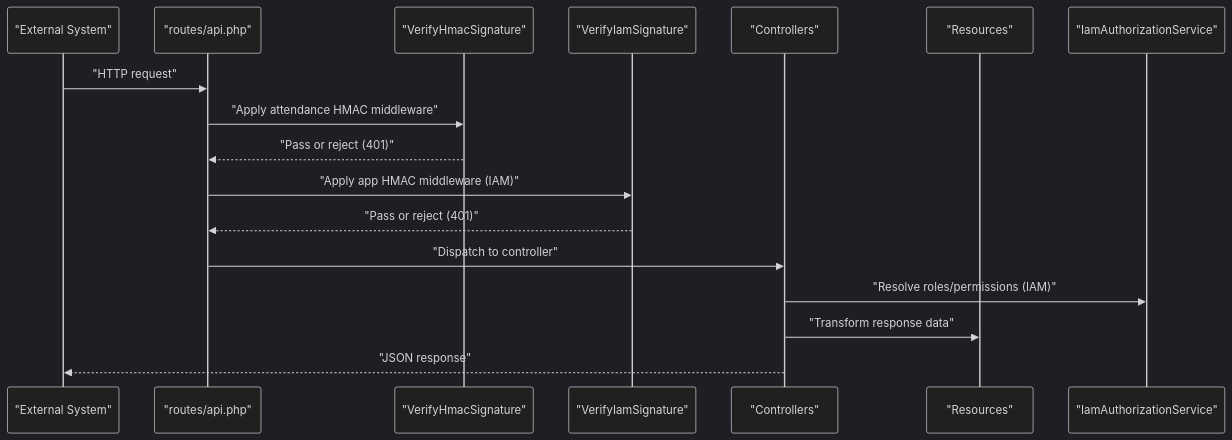
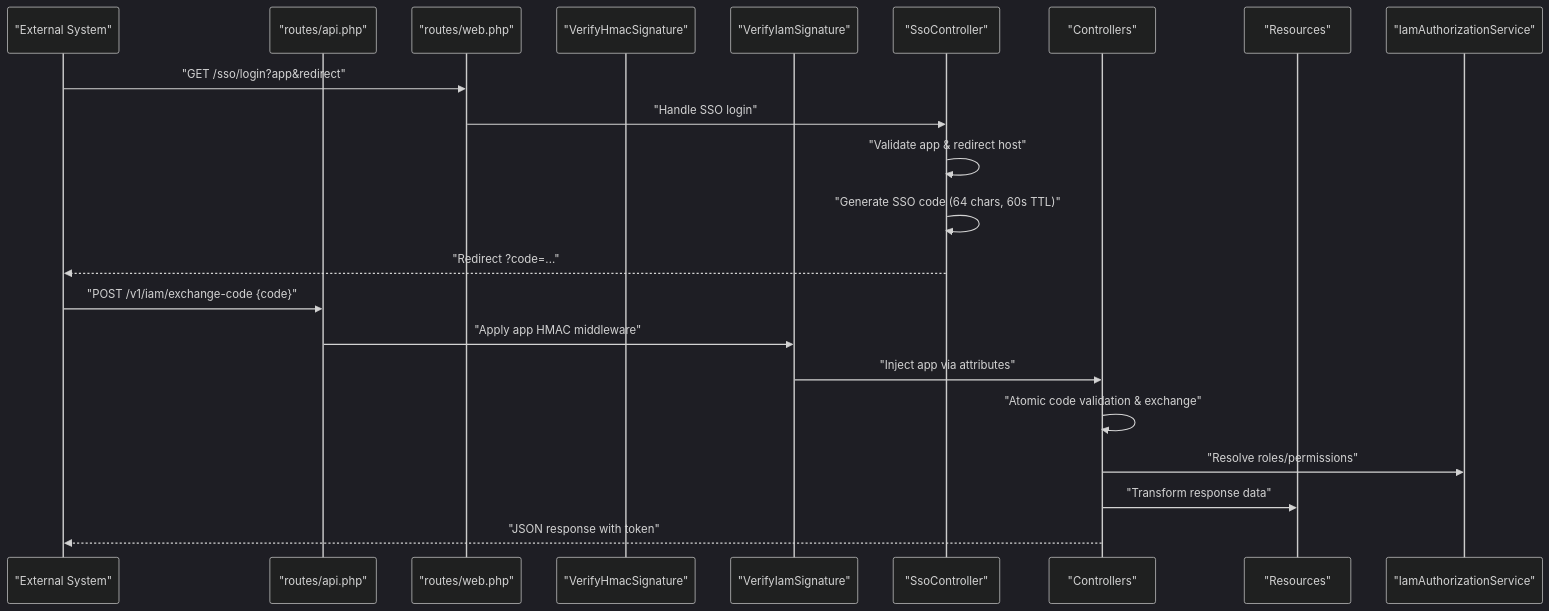
One commit to PA-Penajam/kepegawaian_apps changed the second of 6 diagrams in .qoder/repowiki/en/content/Backend Architecture/Controller Layer/API Controllers.md. Above: the diagram before and after it, drawn with Mermaid (dark theme). The commit also changed other lines of this file and 13 other files, not shown here.

````diff
--- a/.qoder/repowiki/en/content/Backend Architecture/Controller Layer/API Controllers.md
+++ b/.qoder/repowiki/en/content/Backend Architecture/Controller Layer/API Controllers.md
@@ -144,19 +178,24 @@
 ```mermaid
 sequenceDiagram
 participant Ext as "External System"
 participant API as "routes/api.php"
+participant Web as "routes/web.php"
 participant MW1 as "VerifyHmacSignature"
 participant MW2 as "VerifyIamSignature"
+participant SSO as "SsoController"
 participant Ctrl as "Controllers"
 participant Res as "Resources"
 participant Svc as "IamAuthorizationService"
-Ext->>API : "HTTP request"
-API->>MW1 : "Apply attendance HMAC middleware"
-MW1-->>API : "Pass or reject (401)"
-API->>MW2 : "Apply app HMAC middleware (IAM)"
-MW2-->>API : "Pass or reject (401)"
-API->>Ctrl : "Dispatch to controller"
-Ctrl->>Svc : "Resolve roles/permissions (IAM)"
+Ext->>Web : "GET /sso/login?app&redirect"
+Web->>SSO : "Handle SSO login"
+SSO->>SSO : "Validate app & redirect host"
+SSO->>SSO : "Generate SSO code (64 chars, 60s TTL)"
+SSO-->>Ext : "Redirect ?code=..."
+Ext->>API : "POST /v1/iam/exchange-code {code}"
+API->>MW2 : "Apply app HMAC middleware"
+MW2->>Ctrl : "Inject app via attributes"
+Ctrl->>Ctrl : "Atomic code validation & exchange"
+Ctrl->>Svc : "Resolve roles/permissions"
 Ctrl->>Res : "Transform response data"
-Ctrl-->>Ext : "JSON response"
+Ctrl-->>Ext : "JSON response with token"
 ```
````
